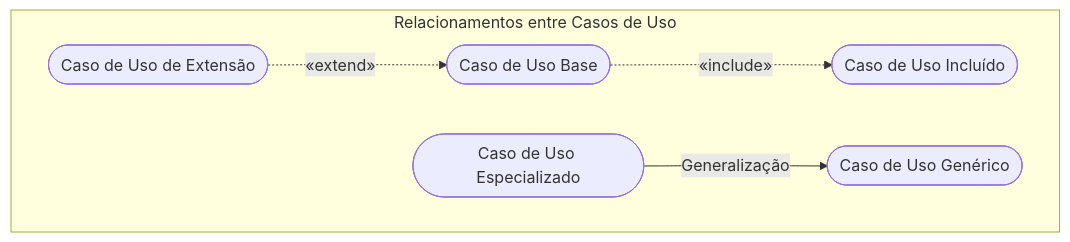
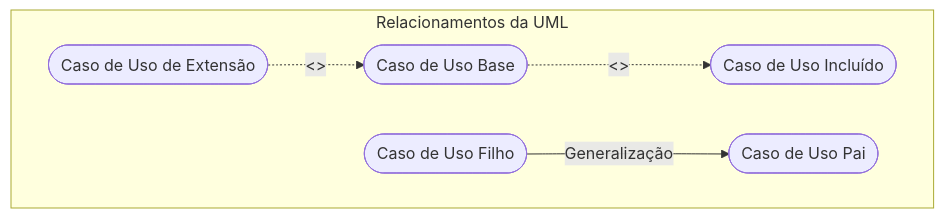
Before and after one commit to murilolol/unifef: the ninth of 24 diagrams in 4º Semestre/[Prof. Wesley Soares] Engenharia de Software II/Resumos-IA/Simulados-Comentados.md, drawn with Mermaid. The commit also changed other lines of this file and 58 other files, not shown here.

````diff
--- a/4º Semestre/[Prof. Wesley Soares] Engenharia de Software II/Resumos-IA/Simulados-Comentados.md
+++ b/4º Semestre/[Prof. Wesley Soares] Engenharia de Software II/Resumos-IA/Simulados-Comentados.md
@@ -641,14 +309,14 @@
 ```mermaid
 flowchart TD
-    subgraph TiposRelacionamentos["Relacionamentos entre Casos de Uso"]
+    subgraph DominioCasosUso["Relacionamentos da UML"]
         Base(["Caso de Uso Base"])
         Inc(["Caso de Uso Incluído"])
         Ext(["Caso de Uso de Extensão"])
-        Pai(["Caso de Uso Genérico"])
-        Filho(["Caso de Uso Especializado"])
+        Pai(["Caso de Uso Pai"])
+        Filho(["Caso de Uso Filho"])
 
-        Base -.->|"«include»"| Inc
-        Ext -.->|"«extend»"| Base
+        Base -.->|"<<include>>"| Inc
+        Ext -.->|"<<extend>>"| Base
         Filho -->|"Generalização"| Pai
     end
 ```
````
